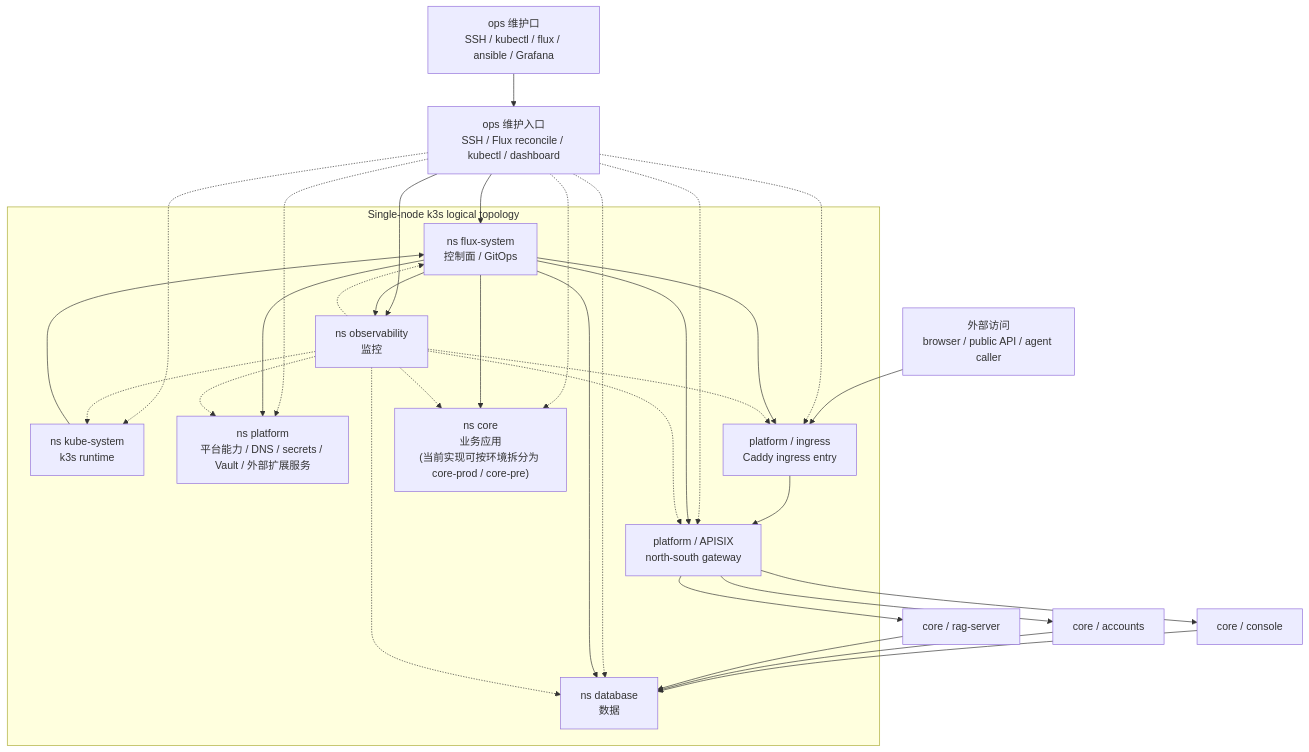
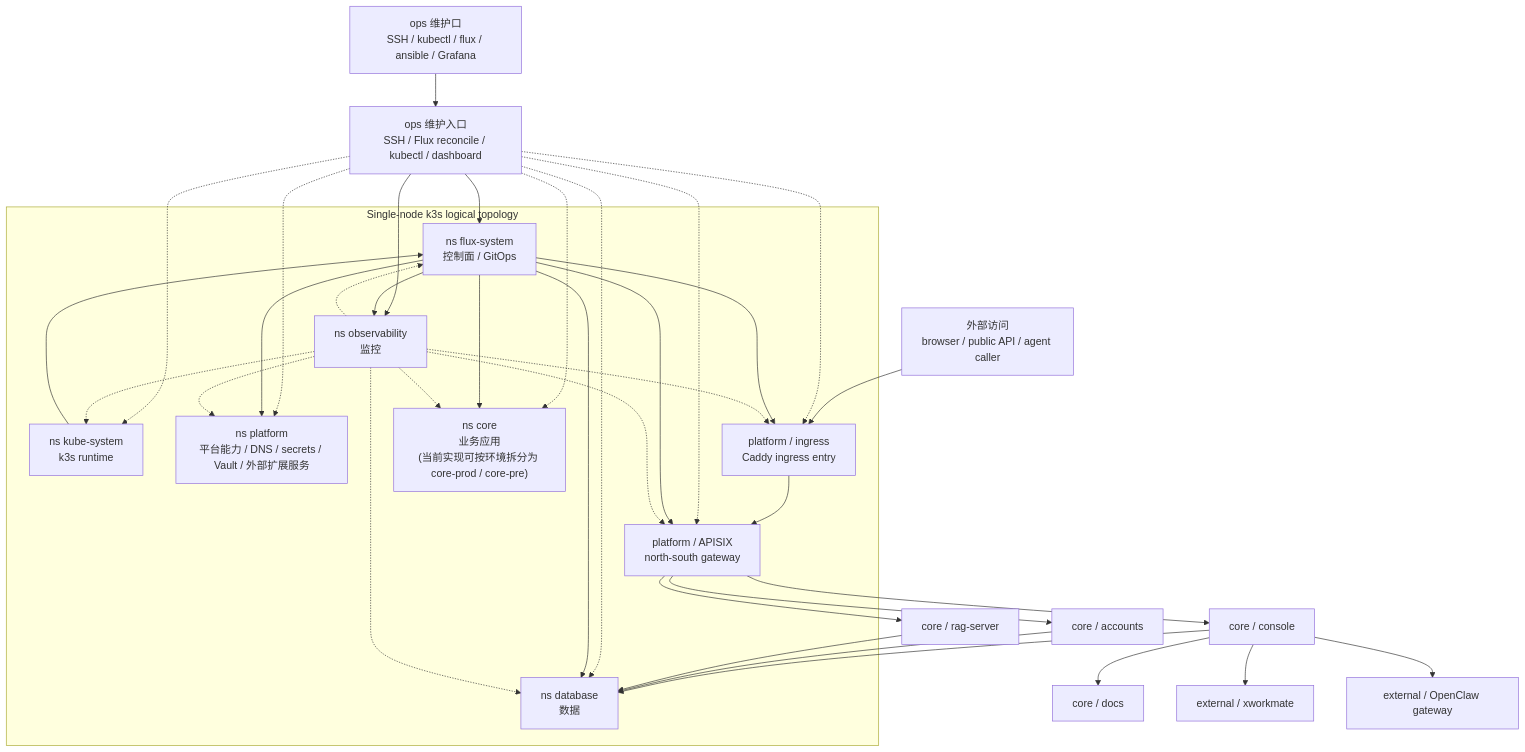
The diagram in docs/architecture/project-overview.md (x-evor/.github), drawn with Mermaid before and after one commit. The commit also changed other lines of this file and 20 other files, not shown here.

````diff
--- a/docs/architecture/project-overview.md
+++ b/docs/architecture/project-overview.md
@@ -13,55 +13,61 @@
 ```mermaid
 flowchart TB
   ExternalUser["外部访问<br/>browser / public API / agent caller"]
   OpsUser["ops 维护口<br/>SSH / kubectl / flux / ansible / Grafana"]
 
   subgraph Cluster["Single-node k3s logical topology"]
     KS["ns kube-system<br/>k3s runtime"]
     FS["ns flux-system<br/>控制面 / GitOps"]
     PL["ns platform<br/>平台能力 / DNS / secrets / Vault / 外部扩展服务"]
     Ingress["platform / ingress<br/>Caddy ingress entry"]
     APISIX["platform / APISIX<br/>north-south gateway"]
     CORE["ns core<br/>业务应用<br/>(当前实现可按环境拆分为 core-prod / core-pre)"]
     DB["ns database<br/>数据"]
     OBS["ns observability<br/>监控"]
   end
 
   ConsoleSvc["core / console"]
+  DocsSvc["core / docs"]
+  XWorkmateSvc["external / xworkmate"]
   AccountsSvc["core / accounts"]
   RagSvc["core / rag-server"]
+  OpenClawGW["external / OpenClaw gateway"]
   OpsEntry["ops 维护入口<br/>SSH / Flux reconcile / kubectl / dashboard"]
 
   ExternalUser --> Ingress
   Ingress --> APISIX
   APISIX --> ConsoleSvc
   APISIX --> AccountsSvc
   APISIX --> RagSvc
+  ConsoleSvc --> DocsSvc
+  ConsoleSvc --> XWorkmateSvc
+  ConsoleSvc --> OpenClawGW
   ConsoleSvc --> DB
   AccountsSvc --> DB
   RagSvc --> DB
 
   OpsUser --> OpsEntry
   OpsEntry --> FS
   OpsEntry --> OBS
   OpsEntry -.-> KS
   OpsEntry -.-> PL
   OpsEntry -.-> Ingress
   OpsEntry -.-> APISIX
   OpsEntry -.-> CORE
   OpsEntry -.-> DB
 
   KS --> FS
   FS --> PL
   FS --> Ingress
   FS --> APISIX
   FS --> CORE
   FS --> DB
   FS --> OBS
   OBS -.-> KS
   OBS -.-> FS
   OBS -.-> PL
   OBS -.-> Ingress
   OBS -.-> APISIX
   OBS -.-> CORE
   OBS -.-> DB
 ```
````
